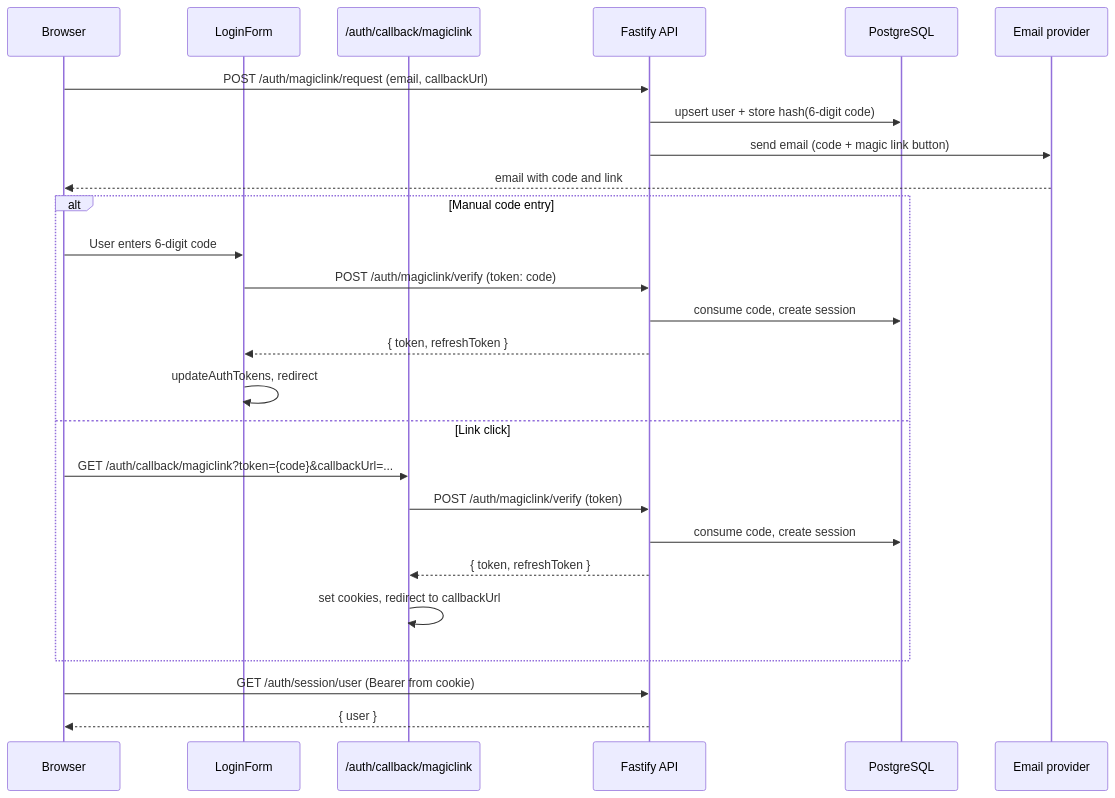
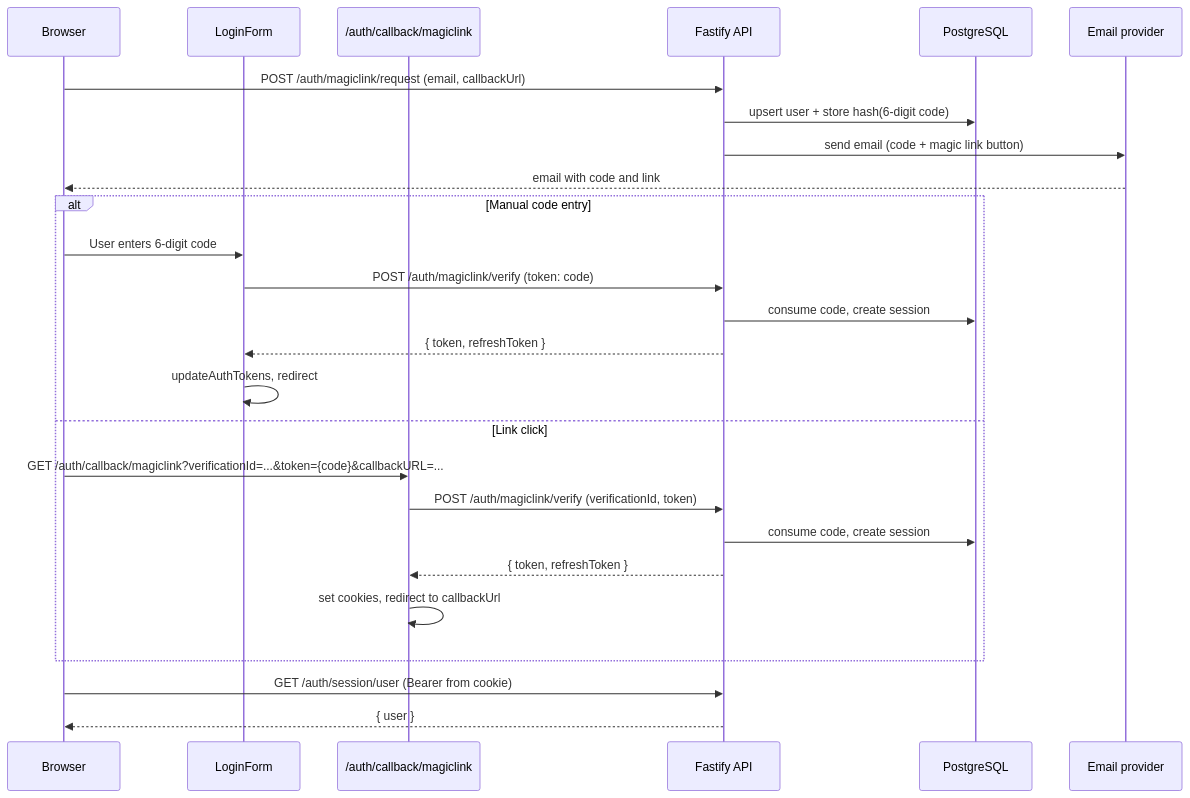
Before and after one commit to blockmatic/basilic: the eighth of 8 diagrams in apps/docu/content/docs/architecture/authentication.mdx, drawn with Mermaid. The commit also changed other lines of this file and 4 other files, not shown here.

````diff
--- a/apps/docu/content/docs/architecture/authentication.mdx
+++ b/apps/docu/content/docs/architecture/authentication.mdx
@@ -435,31 +435,31 @@
 ```mermaid
 sequenceDiagram
   participant Browser
   participant LoginForm
   participant CallbackPage as /auth/callback/magiclink
   participant FastifyAPI as Fastify API
   participant DB as PostgreSQL
   participant Email as Email provider
 
   Browser->>FastifyAPI: POST /auth/magiclink/request (email, callbackUrl)
   FastifyAPI->>DB: upsert user + store hash(6-digit code)
   FastifyAPI->>Email: send email (code + magic link button)
   Email-->>Browser: email with code and link
 
   alt Manual code entry
     Browser->>LoginForm: User enters 6-digit code
     LoginForm->>FastifyAPI: POST /auth/magiclink/verify (token: code)
     FastifyAPI->>DB: consume code, create session
     FastifyAPI-->>LoginForm: { token, refreshToken }
     LoginForm->>LoginForm: updateAuthTokens, redirect
   else Link click
-    Browser->>CallbackPage: GET /auth/callback/magiclink?token={code}&callbackUrl=...
-    CallbackPage->>FastifyAPI: POST /auth/magiclink/verify (token)
+    Browser->>CallbackPage: GET /auth/callback/magiclink?verificationId=...&token={code}&callbackURL=...
+    CallbackPage->>FastifyAPI: POST /auth/magiclink/verify (verificationId, token)
     FastifyAPI->>DB: consume code, create session
     FastifyAPI-->>CallbackPage: { token, refreshToken }
     CallbackPage->>CallbackPage: set cookies, redirect to callbackUrl
   end
 
   Browser->>FastifyAPI: GET /auth/session/user (Bearer from cookie)
   FastifyAPI-->>Browser: { user }
 ```
````
